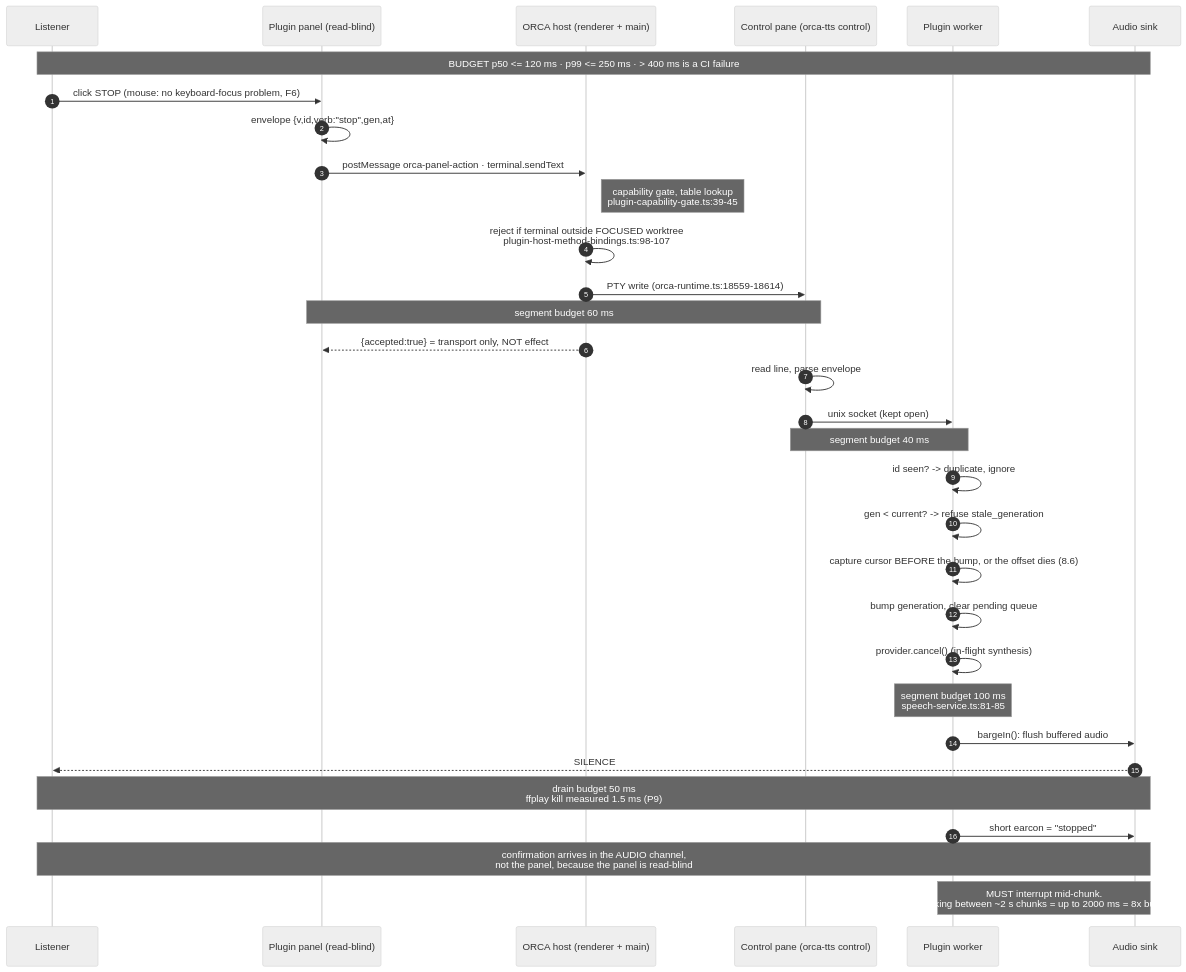
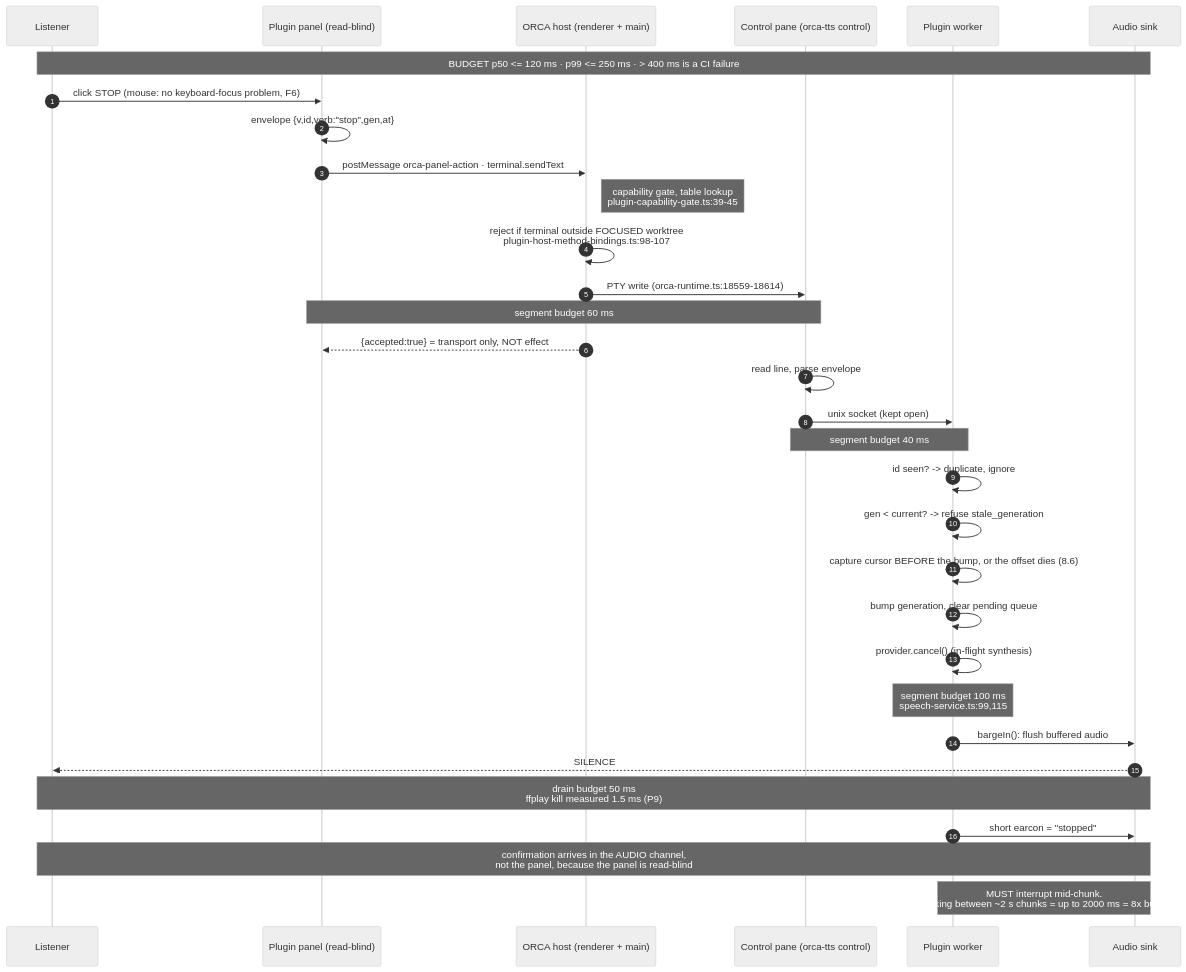
Before and after one commit to YoraiLevi/2026-08-orca-plugin-tts-archived: the second of 3 diagrams in docs/.discussion/003-panel-and-control-channel.md, drawn with Mermaid (neutral theme). The commit also changed other lines of this file and 9 other files, not shown here.

````diff
--- a/docs/.discussion/003-panel-and-control-channel.md
+++ b/docs/.discussion/003-panel-and-control-channel.md
@@ -1060,40 +1418,40 @@
 ```mermaid
 sequenceDiagram
     autonumber
     participant U as Listener
     participant P as Plugin panel (read-blind)
     participant H as ORCA host (renderer + main)
     participant T as Control pane (orca-tts control)
     participant W as Plugin worker
     participant S as Audio sink
 
     Note over U,S: BUDGET p50 <= 120 ms · p99 <= 250 ms · > 400 ms is a CI failure
 
     U->>P: click STOP (mouse: no keyboard-focus problem, F6)
     P->>P: envelope {v,id,verb:"stop",gen,at}
     P->>H: postMessage orca-panel-action · terminal.sendText
     Note right of H: capability gate, table lookup<br/>plugin-capability-gate.ts:39-45
     H->>H: reject if terminal outside FOCUSED worktree<br/>plugin-host-method-bindings.ts:98-107
     H->>T: PTY write (orca-runtime.ts:18559-18614)
     Note over P,T: segment budget 60 ms
     H-->>P: {accepted:true} = transport only, NOT effect
 
     T->>T: read line, parse envelope
     T->>W: unix socket (kept open)
     Note over T,W: segment budget 40 ms
 
     W->>W: id seen? -> duplicate, ignore
     W->>W: gen < current? -> refuse stale_generation
     W->>W: capture cursor BEFORE the bump, or the offset dies (8.6)
     W->>W: bump generation, clear pending queue
     W->>W: provider.cancel()  (in-flight synthesis)
-    Note over W: segment budget 100 ms<br/>speech-service.ts:81-85
+    Note over W: segment budget 100 ms<br/>speech-service.ts:99,115
     W->>S: bargeIn(): flush buffered audio
     S-->>U: SILENCE
     Note over S,U: drain budget 50 ms<br/>ffplay kill measured 1.5 ms (P9)
 
     W->>S: short earcon = "stopped"
     Note over U,S: confirmation arrives in the AUDIO channel,<br/>not the panel, because the panel is read-blind
 
     Note over W,S: MUST interrupt mid-chunk.<br/>Checking between ~2 s chunks = up to 2000 ms = 8x budget.
 ```
````
